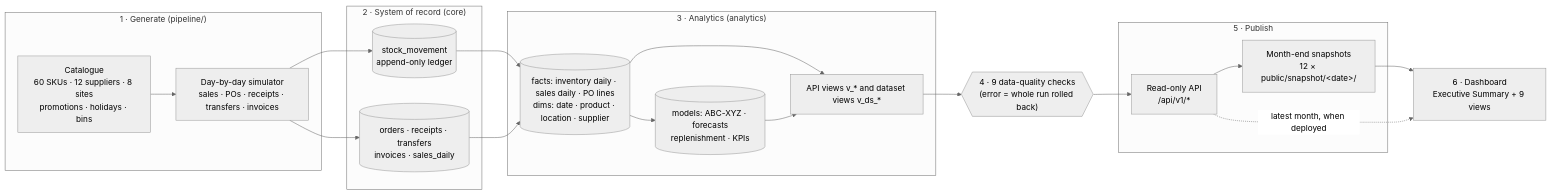
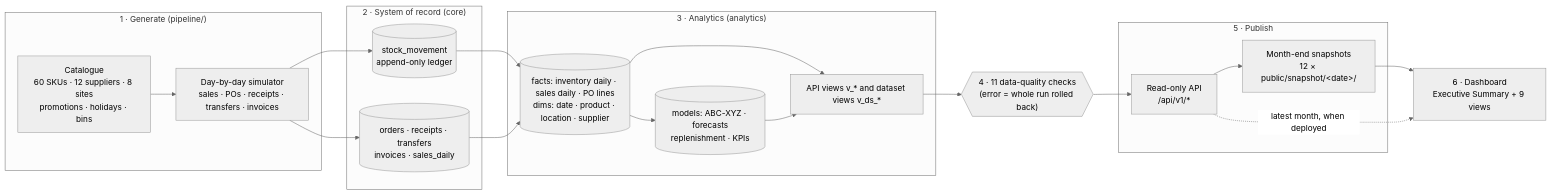
Before and after one commit to avixd/retail-inventory-app: the diagram in docs/backend/data-pipeline.md, drawn with Mermaid (neutral theme). The commit also changed other lines of this file and 216 other files, not shown here.

````diff
--- a/docs/backend/data-pipeline.md
+++ b/docs/backend/data-pipeline.md
@@ -7,28 +7,28 @@
 ```mermaid
 flowchart LR
     subgraph Gen["1 · Generate (pipeline/)"]
         Cat["Catalogue<br/>60 SKUs · 12 suppliers · 8 sites<br/>promotions · holidays · bins"]
         Sim["Day-by-day simulator<br/>sales · POs · receipts · transfers · invoices"]
     end
     subgraph Core["2 · System of record (core)"]
         Led[("stock_movement<br/>append-only ledger")]
         Tx[("orders · receipts · transfers<br/>invoices · sales_daily")]
     end
     subgraph An["3 · Analytics (analytics)"]
         Facts[("facts: inventory daily · sales daily · PO lines<br/>dims: date · product · location · supplier")]
         Models[("models: ABC-XYZ · forecasts<br/>replenishment · KPIs")]
         Views["API views v_* and dataset views v_ds_*"]
     end
-    DQ{{"4 · 9 data-quality checks<br/>(error = whole run rolled back)"}}
+    DQ{{"4 · 11 data-quality checks<br/>(error = whole run rolled back)"}}
     subgraph Pub["5 · Publish"]
         API["Read-only API<br/>/api/v1/*"]
         Snap["Month-end snapshots<br/>12 × public/snapshot/&lt;date&gt;/"]
     end
     App["6 · Dashboard<br/>Executive Summary + 9 views"]
 
     Cat --> Sim --> Led & Tx
     Led & Tx --> Facts --> Models
     Facts & Models --> Views
     Views --> DQ --> API --> Snap --> App
     API -. "latest month, when deployed" .-> App
 ```
````
